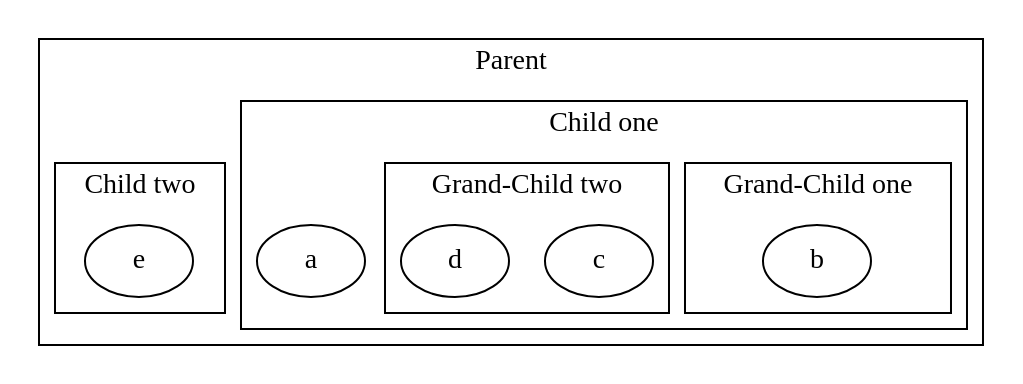
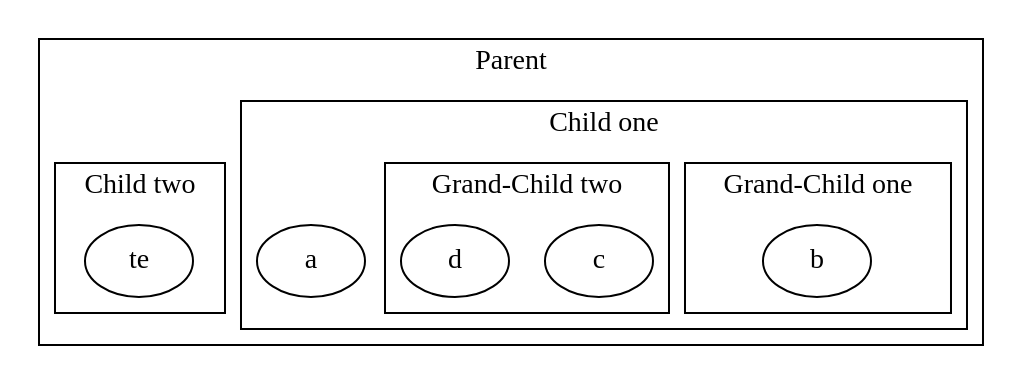
The diagram in samples/basic4.dot (saresend/dotfile-parser), drawn with Graphviz before and after one commit. The commit also changed 2 other files, not shown here.

```diff
--- a/samples/basic4.dot
+++ b/samples/basic4.dot
@@ -1,27 +1,25 @@
 digraph D {
 
   subgraph cluster_p {
     label = "Parent";
 
     subgraph cluster_c1 {
       label = "Child one";
       a;
 
       subgraph cluster_gc_1 {
         label = "Grand-Child one";
          b;
       }
       subgraph cluster_gc_2 {
         label = "Grand-Child two";
           c;
           d;
       }
-
     }
-
     subgraph cluster_c2 {
       label = "Child two";
-      e;
+      te;
     }
   }
 }
```
